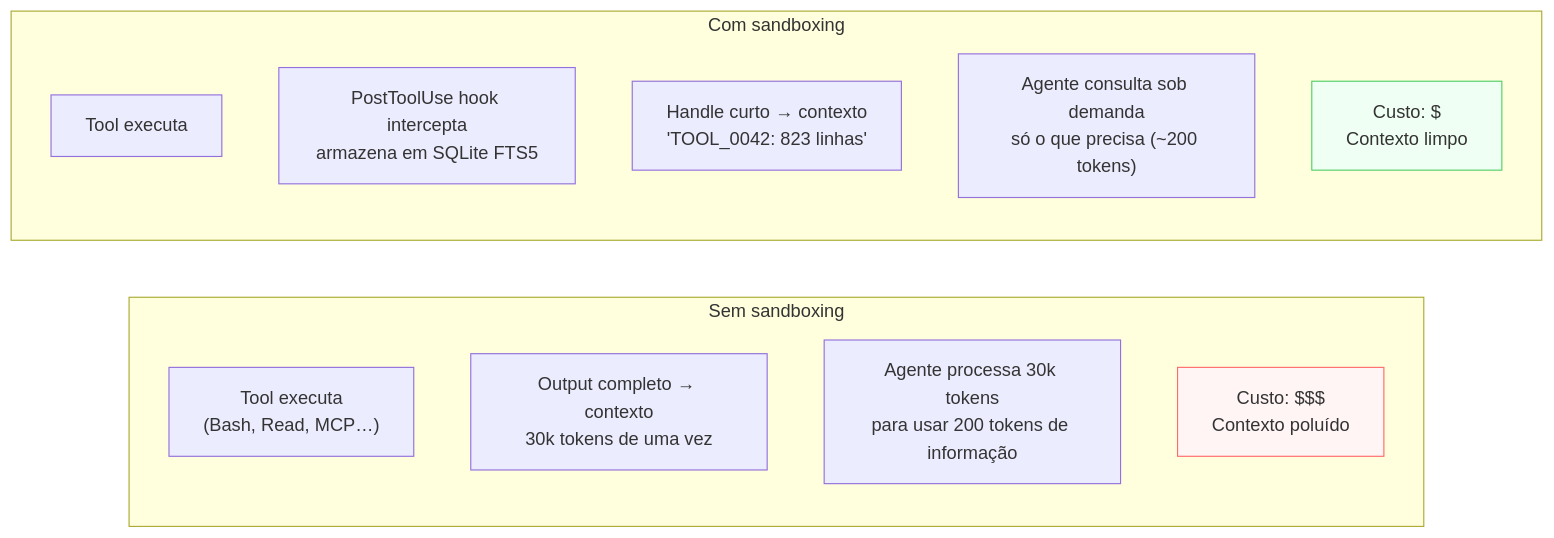
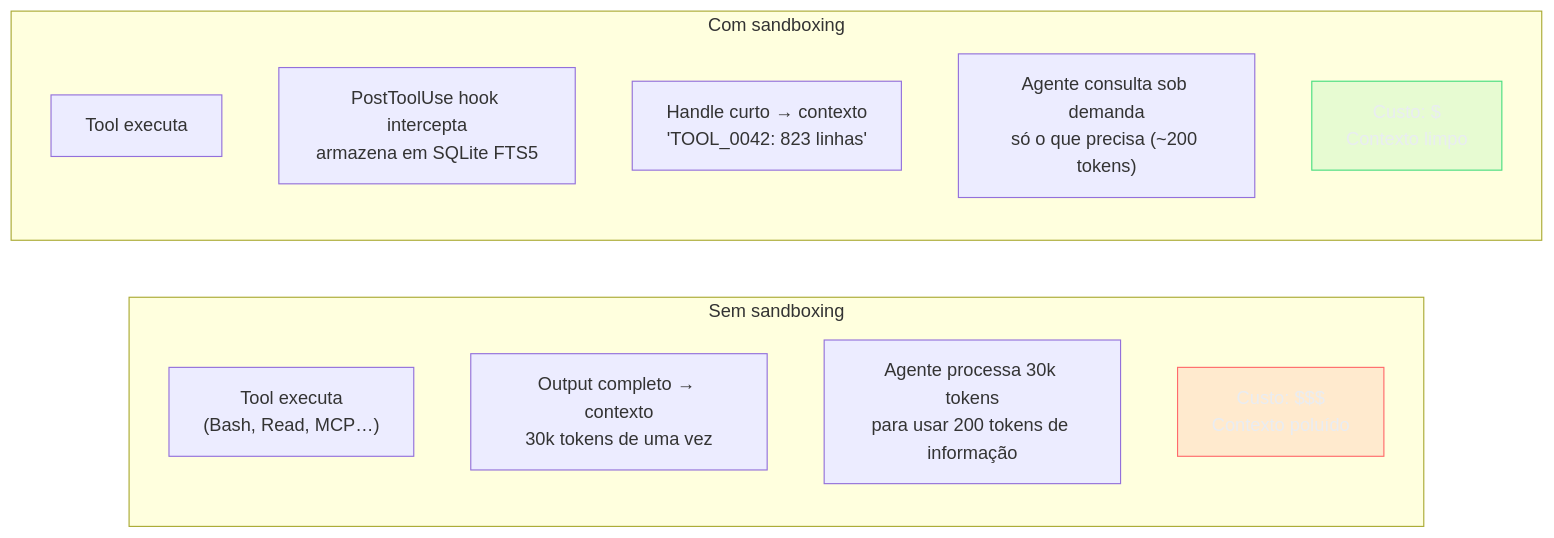
One commit to josenaldo/codex-technomanticus changed the diagram in 03-Dominios/Tecnologia/IA/Claude Code/Workflows/11 - Estratégias estruturais de contexto/02 - Sandboxing de tool output.md. Above: the diagram before and after it, drawn with Mermaid. The commit also changed 1181 other files, not shown here.

First line of the commit message:
fix(diagramas): paleta do sistema no lugar de cor cravada no markdown

````diff
--- a/03-Dominios/Tecnologia/IA/Claude Code/Workflows/11 - Estratégias estruturais de contexto/02 - Sandboxing de tool output.md
+++ b/03-Dominios/Tecnologia/IA/Claude Code/Workflows/11 - Estratégias estruturais de contexto/02 - Sandboxing de tool output.md
@@ -36,20 +36,22 @@
 ```mermaid
 flowchart LR
+    classDef falha fill:#FF6B6B24,stroke:#FF6B6B,color:#E9ECF2
+    classDef ok fill:#4ADE8021,stroke:#4ADE80,color:#E9ECF2
     subgraph "Sem sandboxing"
         A1["Tool executa\n(Bash, Read, MCP…)"]
         A2["Output completo → contexto\n30k tokens de uma vez"]
         A3["Agente processa 30k tokens\npara usar 200 tokens de informação"]
         A4["Custo: $$$\nContexto poluído"]
     end
 
     subgraph "Com sandboxing"
         B1["Tool executa"]
         B2["PostToolUse hook intercepta\narmazena em SQLite FTS5"]
         B3["Handle curto → contexto\n'TOOL_0042: 823 linhas'"]
         B4["Agente consulta sob demanda\nsó o que precisa (~200 tokens)"]
         B5["Custo: $\nContexto limpo"]
     end
 
-    style A4 fill:#fff5f5,stroke:#ff6b6b
-    style B5 fill:#f0fff4,stroke:#51cf66
+    class A4 falha
+    class B5 ok
 ```
````
